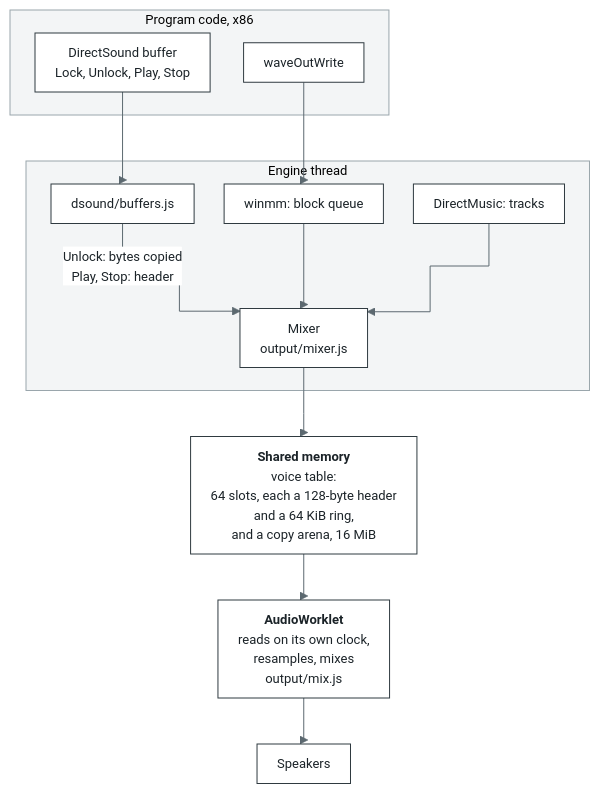
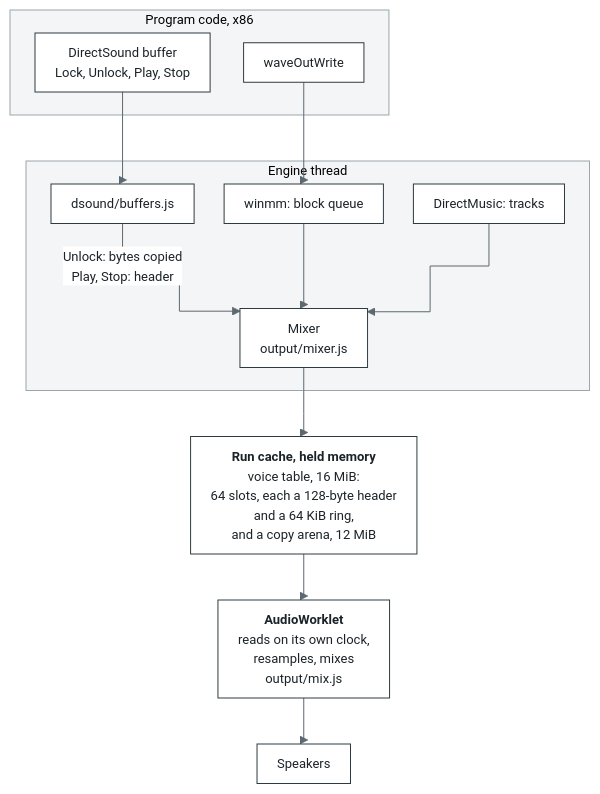
The diagram in docs/architecture/sound.md (bottlify/bottlify), drawn with Mermaid before and after one commit. The commit also changed other lines of this file and 16 other files, not shown here.

````diff
--- a/docs/architecture/sound.md
+++ b/docs/architecture/sound.md
@@ -16,24 +16,24 @@
 ```mermaid
 %%{init: {"theme": "base", "flowchart": {"curve": "step", "nodeSpacing": 30, "rankSpacing": 46, "padding": 10}, "themeVariables": {"fontFamily": "Inter, Segoe UI, Helvetica, Arial, sans-serif", "fontSize": "13px", "primaryColor": "#FFFFFF", "primaryBorderColor": "#2F3A40", "primaryTextColor": "#1B2328", "lineColor": "#5C6970", "clusterBkg": "#F3F5F6", "clusterBorder": "#9AA6AC", "edgeLabelBackground": "#FFFFFF"}}}%%
 flowchart TB
   subgraph GC["Program code, x86"]
     DS["DirectSound buffer<br/>Lock, Unlock, Play, Stop"]
     WO["waveOutWrite"]
   end
   subgraph EW["Engine thread"]
     DB["dsound/buffers.js"]
     WM["winmm: block queue"]
     DM["DirectMusic: tracks"]
     MX["Mixer<br/>output/mixer.js"]
   end
-  TB["<b>Shared memory</b><br/>voice table:<br/>64 slots, each a 128-byte header<br/>and a 64 KiB ring,<br/>and a copy arena, 16 MiB"]
+  TB["<b>Run cache, held memory</b><br/>voice table, 16 MiB:<br/>64 slots, each a 128-byte header<br/>and a 64 KiB ring,<br/>and a copy arena, 12 MiB"]
   RD["<b>AudioWorklet</b><br/>reads on its own clock,<br/>resamples, mixes<br/>output/mix.js"]
   DS --> DB
   WO --> WM
   DB -->|"Unlock: bytes copied<br/>Play, Stop: header"| MX
   WM --> MX
   DM --> MX
   MX --> TB
   TB --> RD
   RD --> SPK["Speakers"]
 ```
````
